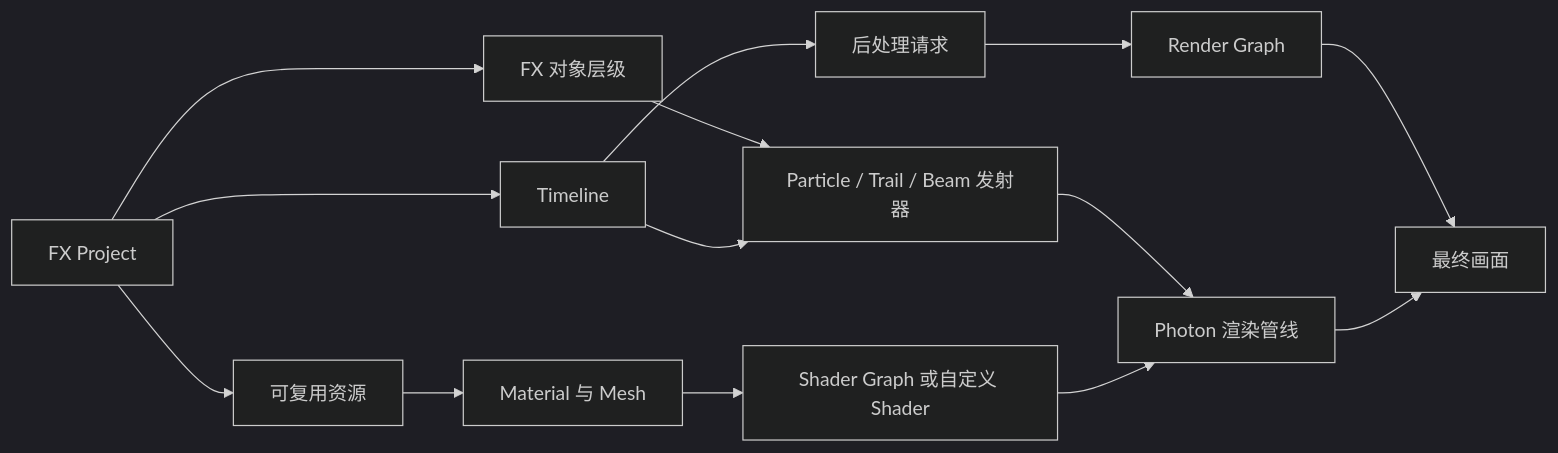
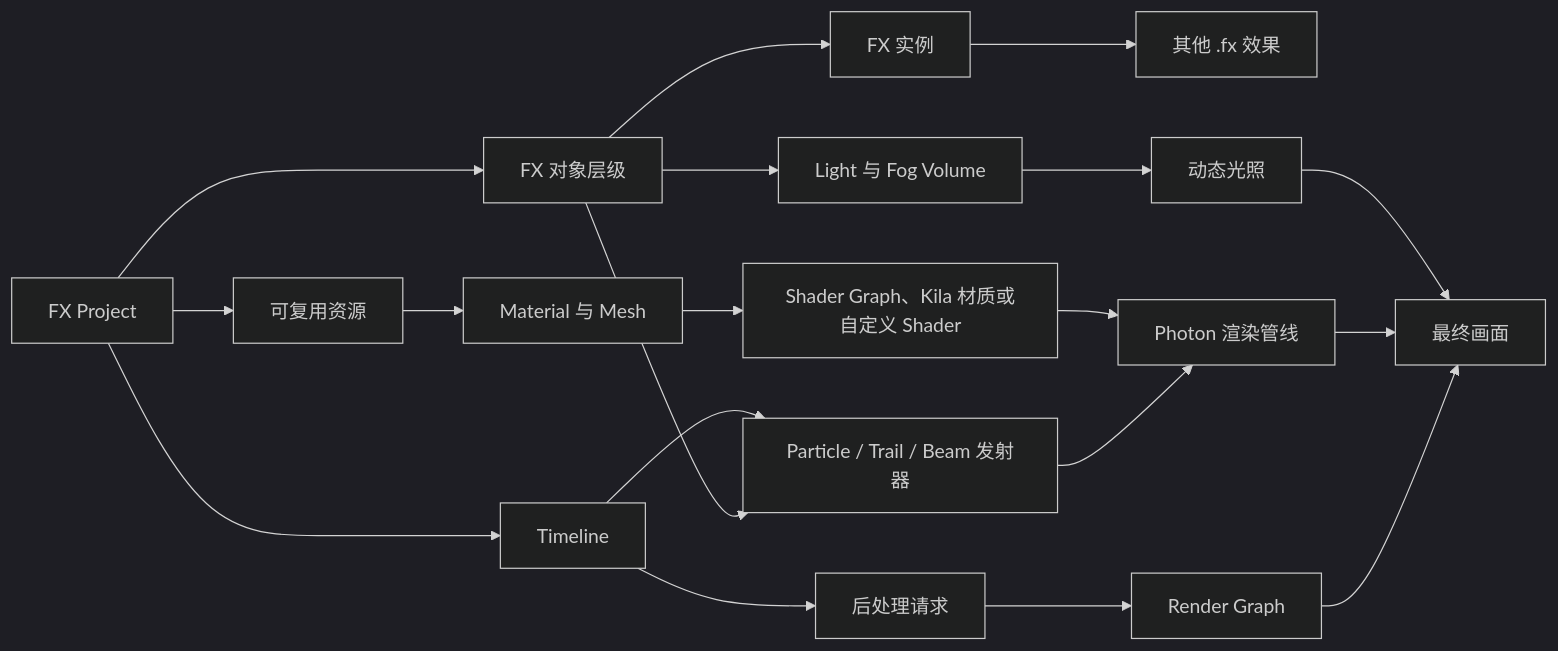
The diagram in docs/zh/photon2/index.md (Low-Drag-MC/LowDragMC-Doc), drawn with Mermaid (dark theme) before and after one commit. The commit also changed other lines of this file and 162 other files, not shown here.

````diff
--- a/docs/zh/photon2/index.md
+++ b/docs/zh/photon2/index.md
@@ -43,16 +45,21 @@
 ```mermaid
 flowchart LR
     P["FX Project"] --> H["FX 对象层级"]
     P --> R["可复用资源"]
     P --> T["Timeline"]
     H --> E["Particle / Trail / Beam 发射器"]
+    H --> I["FX 实例"]
+    I --> F["其他 .fx 效果"]
+    H --> L["Light 与 Fog Volume"]
+    L --> D["动态光照"]
     R --> M["Material 与 Mesh"]
-    M --> S["Shader Graph 或自定义 Shader"]
+    M --> S["Shader Graph、Kila 材质或自定义 Shader"]
     E --> G["Photon 渲染管线"]
     T --> E
     T --> X["后处理请求"]
     X --> Q["Render Graph"]
     S --> G
     Q --> O["最终画面"]
     G --> O
+    D --> O
 ```
````
